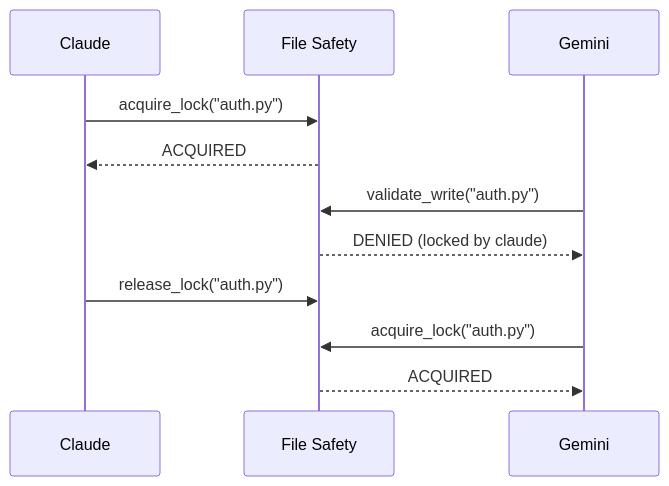
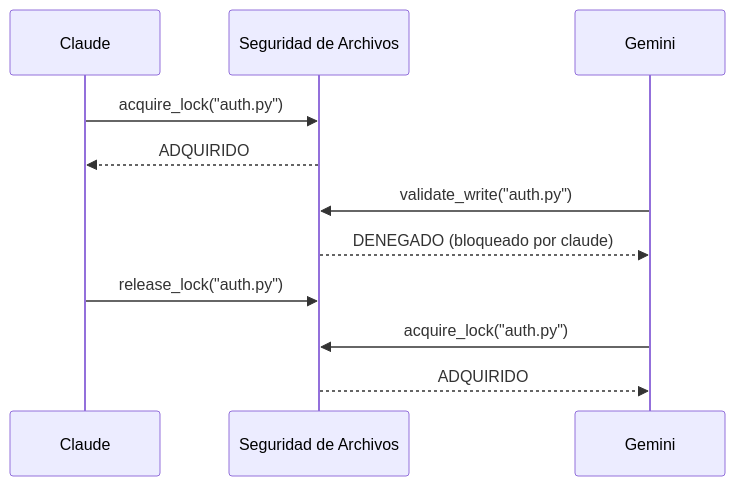
Before and after one commit to s-hiraoku/synapse-a2a: the fifth of 5 diagrams in README.ko.md, drawn with Mermaid. The commit also changed other lines of this file and 1 other file, not shown here.

````diff
--- a/README.ko.md
+++ b/README.ko.md
@@ -1074,16 +1171,16 @@
 ```mermaid
 sequenceDiagram
     participant Claude
-    participant FS as File Safety
+    participant FS as Seguridad de Archivos
     participant Gemini
 
     Claude->>FS: acquire_lock("auth.py")
-    FS-->>Claude: ACQUIRED
+    FS-->>Claude: ADQUIRIDO
 
     Gemini->>FS: validate_write("auth.py")
-    FS-->>Gemini: DENIED (locked by claude)
+    FS-->>Gemini: DENEGADO (bloqueado por claude)
 
     Claude->>FS: release_lock("auth.py")
     Gemini->>FS: acquire_lock("auth.py")
-    FS-->>Gemini: ACQUIRED
+    FS-->>Gemini: ADQUIRIDO
 ```
````
